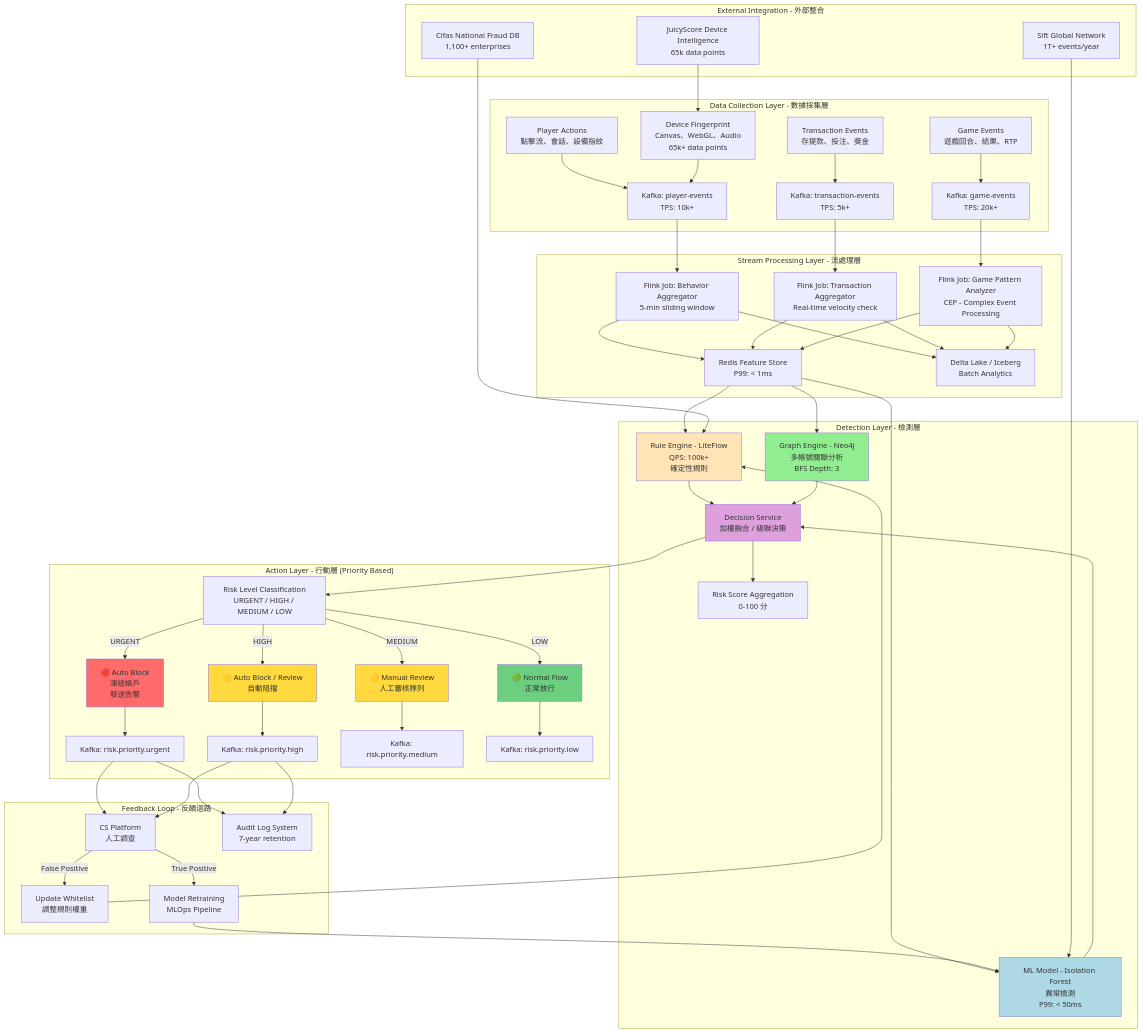
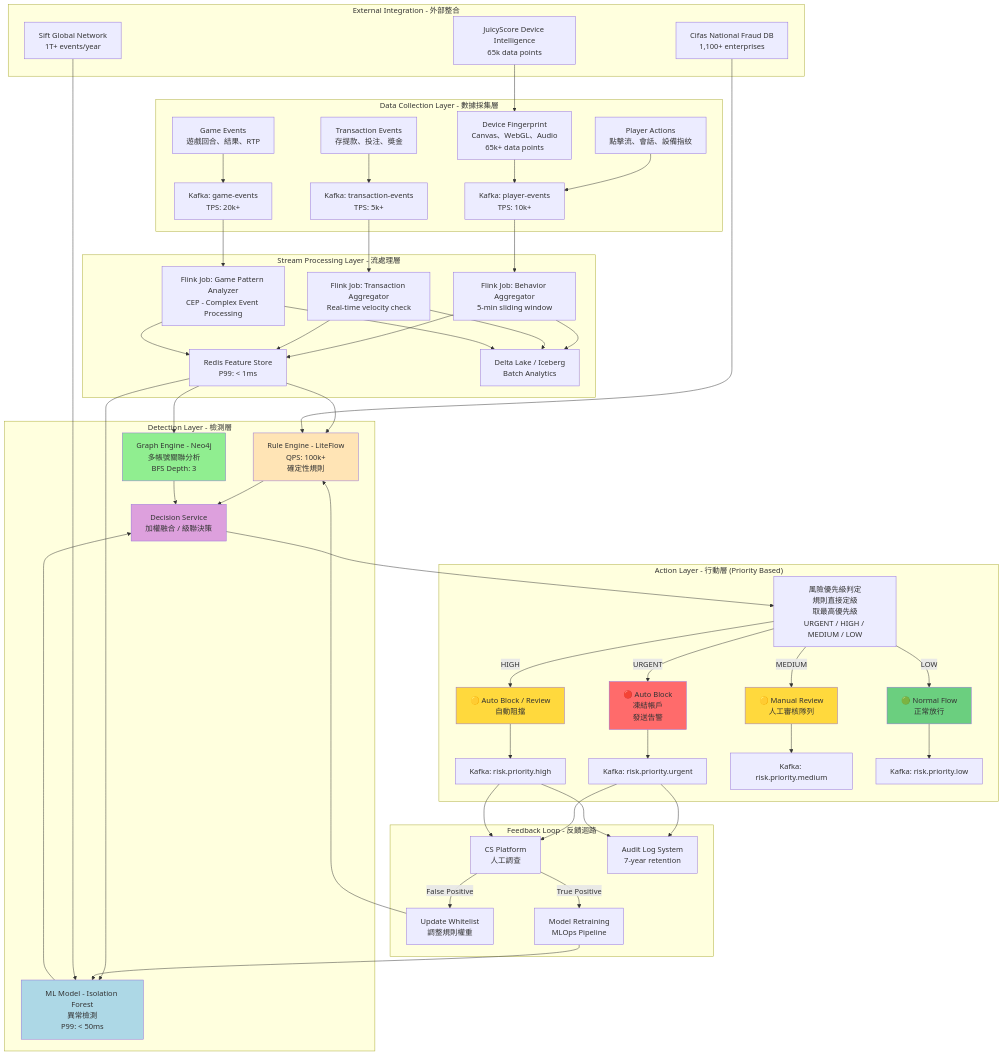
One commit to ron03wlb/smart-admin changed the first of 6 diagrams in docs/iGaming/04_Risk_Control/04-01_Risk_Framework.md. Above: the diagram before and after it, drawn with Mermaid. The commit also changed other lines of this file and 275 other files, not shown here.

First line of the commit message:
docs(v4.1.0): sync all .claude/ .agent/ docs to 6-layer modular architecture

````diff
--- a/docs/iGaming/04_Risk_Control/04-01_Risk_Framework.md
+++ b/docs/iGaming/04_Risk_Control/04-01_Risk_Framework.md
@@ -34,78 +34,77 @@
 ```mermaid
 graph TB
     subgraph "Data Collection Layer - 數據採集層"
         A1["Player Actions<br/>點擊流、會話、設備指紋"] --> K1["Kafka: player-events<br/>TPS: 10k+"]
         A2["Transaction Events<br/>存提款、投注、獎金"] --> K2["Kafka: transaction-events<br/>TPS: 5k+"]
         A3["Game Events<br/>遊戲回合、結果、RTP"] --> K3["Kafka: game-events<br/>TPS: 20k+"]
         A4["Device Fingerprint<br/>Canvas、WebGL、Audio<br/>65k+ data points"] --> K1
     end
 
     subgraph "Stream Processing Layer - 流處理層"
         K1 --> F1["Flink Job: Behavior Aggregator<br/>5-min sliding window"]
         K2 --> F2["Flink Job: Transaction Aggregator<br/>Real-time velocity check"]
         K3 --> F3["Flink Job: Game Pattern Analyzer<br/>CEP - Complex Event Processing"]
 
         F1 --> R1["Redis Feature Store<br/>P99: < 1ms"]
         F2 --> R1
         F3 --> R1
 
         F1 --> DL["Delta Lake / Iceberg<br/>Batch Analytics"]
         F2 --> DL
         F3 --> DL
     end
 
     subgraph "Detection Layer - 檢測層"
         R1 --> E1["Rule Engine - LiteFlow<br/>QPS: 100k+<br/>確定性規則"]
         R1 --> E2["ML Model - Isolation Forest<br/>異常檢測<br/>P99: < 50ms"]
         R1 --> E3["Graph Engine - Neo4j<br/>多帳號關聯分析<br/>BFS Depth: 3"]
 
         E1 --> D["Decision Service<br/>加權融合 / 級聯決策"]
         E2 --> D
         E3 --> D
 
-        D --> SCORE["Risk Score Aggregation<br/>0-100 分"]
     end
 
     subgraph "Action Layer - 行動層 (Priority Based)"
-        D --> PRIORITY["Risk Level Classification<br/>URGENT / HIGH / MEDIUM / LOW"]
+        D --> PRIORITY["風險優先級判定<br/>規則直接定級<br/>取最高優先級<br/>URGENT / HIGH / MEDIUM / LOW"]
         
         PRIORITY -->|URGENT| AC1["🔴 Auto Block<br/>凍結帳戶<br/>發送告警"]
         PRIORITY -->|HIGH| AC2["🟡 Auto Block / Review<br/>自動阻擋"]
         PRIORITY -->|MEDIUM| AC3["🟡 Manual Review<br/>人工審核隊列"]
         PRIORITY -->|LOW| AC4["🟢 Normal Flow<br/>正常放行"]
 
         AC1 --> MQ1[Kafka: risk.priority.urgent]
         AC2 --> MQ2[Kafka: risk.priority.high]
         AC3 --> MQ3[Kafka: risk.priority.medium]
         AC4 --> MQ4[Kafka: risk.priority.low]
     end
 
     subgraph "Feedback Loop - 反饋迴路"
         MQ1 --> FB1["CS Platform<br/>人工調查"]
         MQ2 --> FB1
 
         FB1 -->|False Positive| FB2["Update Whitelist<br/>調整規則權重"]
         FB1 -->|True Positive| FB3["Model Retraining<br/>MLOps Pipeline"]
 
         FB2 --> E1
         FB3 --> E2
 
         MQ1 --> AUDIT["Audit Log System<br/>7-year retention"]
         MQ2 --> AUDIT
     end
 
     subgraph "External Integration - 外部整合"
         EXT1["Cifas National Fraud DB<br/>1,100+ enterprises"] --> E1
         EXT2["JuicyScore Device Intelligence<br/>65k data points"] --> A4
         EXT3["Sift Global Network<br/>1T+ events/year"] --> E2
     end
 
     style E1 fill:#FFE4B5
     style E2 fill:#ADD8E6
     style E3 fill:#90EE90
     style AC1 fill:#FF6B6B
     style AC2 fill:#FFD93D
     style AC3 fill:#FFD93D
     style AC4 fill:#6BCF7F
     style D fill:#DDA0DD
 ```
````
